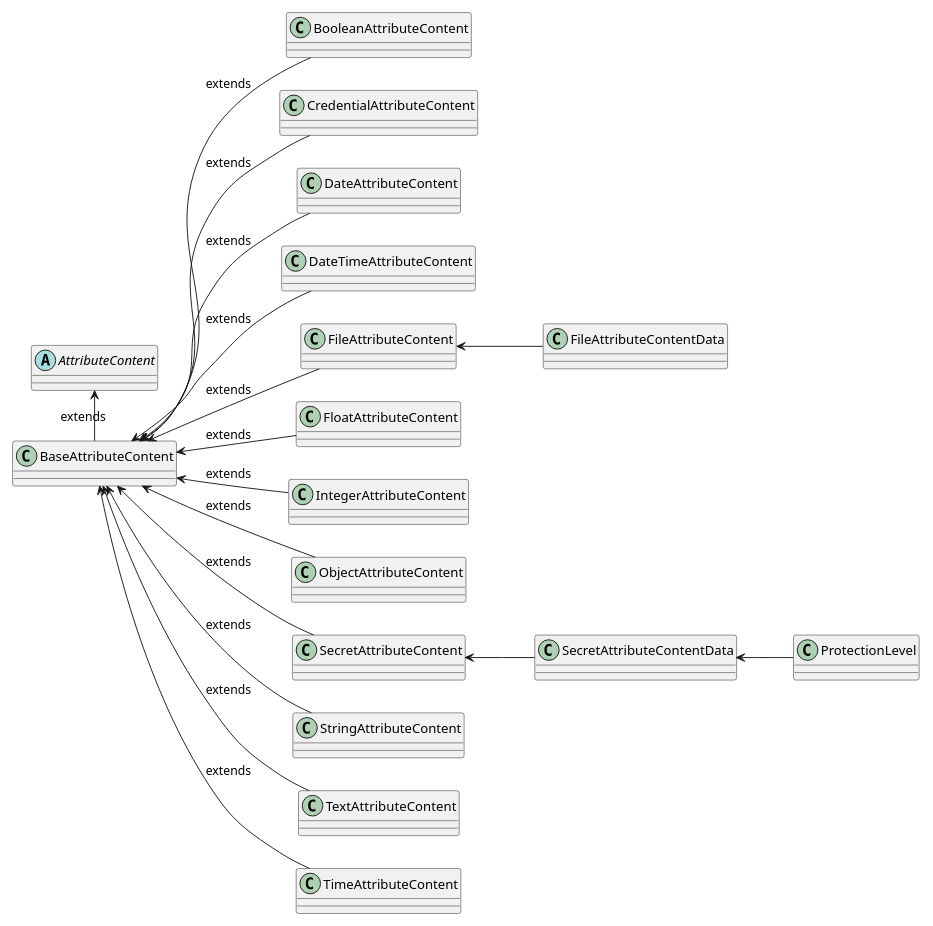
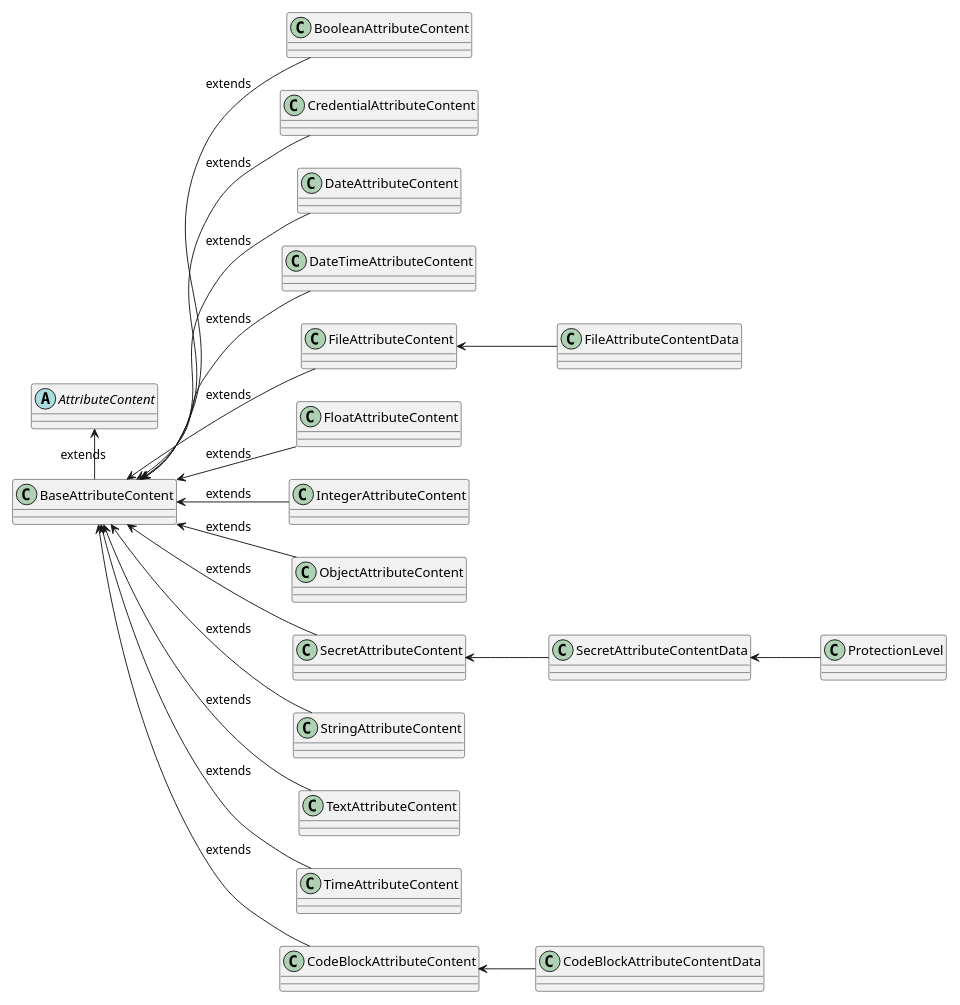
Before and after one commit to CZERTAINLY/CZERTAINLY-Documentation: the diagram in docs/60-contributors/10-attributes/05-content.md, drawn with PlantUML. The commit also changed other lines of this file, not shown here.

Commit message:
Add codeblock attribute to the list

````diff
--- a/docs/60-contributors/10-attributes/05-content.md
+++ b/docs/60-contributors/10-attributes/05-content.md
@@ -366,43 +394,46 @@
 ```plantuml
 @startuml
     scale 3/4
     left to right direction
 
     abstract AttributeContent
     
     class BaseAttributeContent
     class BooleanAttributeContent
     class CredentialAttributeContent
     class DateAttributeContent
     class DateTimeAttributeContent
     class FileAttributeContent
     class FloatAttributeContent
     class IntegerAttributeContent
     class ObjectAttributeContent
     class SecretAttributeContent
     class StringAttributeContent
     class TextAttributeContent
     class TimeAttributeContent
+    class CodeBlockAttributeContent
     
     class FileAttributeContentData
     class SecretAttributeContentData
     class ProtectionLevel
   
     AttributeContent <-right- BaseAttributeContent : extends
     BaseAttributeContent <-- BooleanAttributeContent : extends
     BaseAttributeContent <-- CredentialAttributeContent : extends
     BaseAttributeContent <-- DateAttributeContent : extends
     BaseAttributeContent <-- DateTimeAttributeContent : extends
     BaseAttributeContent <-- FileAttributeContent : extends
     BaseAttributeContent <-- FloatAttributeContent : extends
     BaseAttributeContent <-- IntegerAttributeContent : extends
     BaseAttributeContent <-- ObjectAttributeContent : extends
     BaseAttributeContent <-- SecretAttributeContent : extends
     BaseAttributeContent <-- StringAttributeContent : extends
     BaseAttributeContent <-- TextAttributeContent : extends
     BaseAttributeContent <-- TimeAttributeContent : extends
+    BaseAttributeContent <-- CodeBlockAttributeContent : extends
     
     FileAttributeContent <-- FileAttributeContentData
+    CodeBlockAttributeContent <-- CodeBlockAttributeContentData
     SecretAttributeContent <-- SecretAttributeContentData
     SecretAttributeContentData <-- ProtectionLevel
 ```
````
